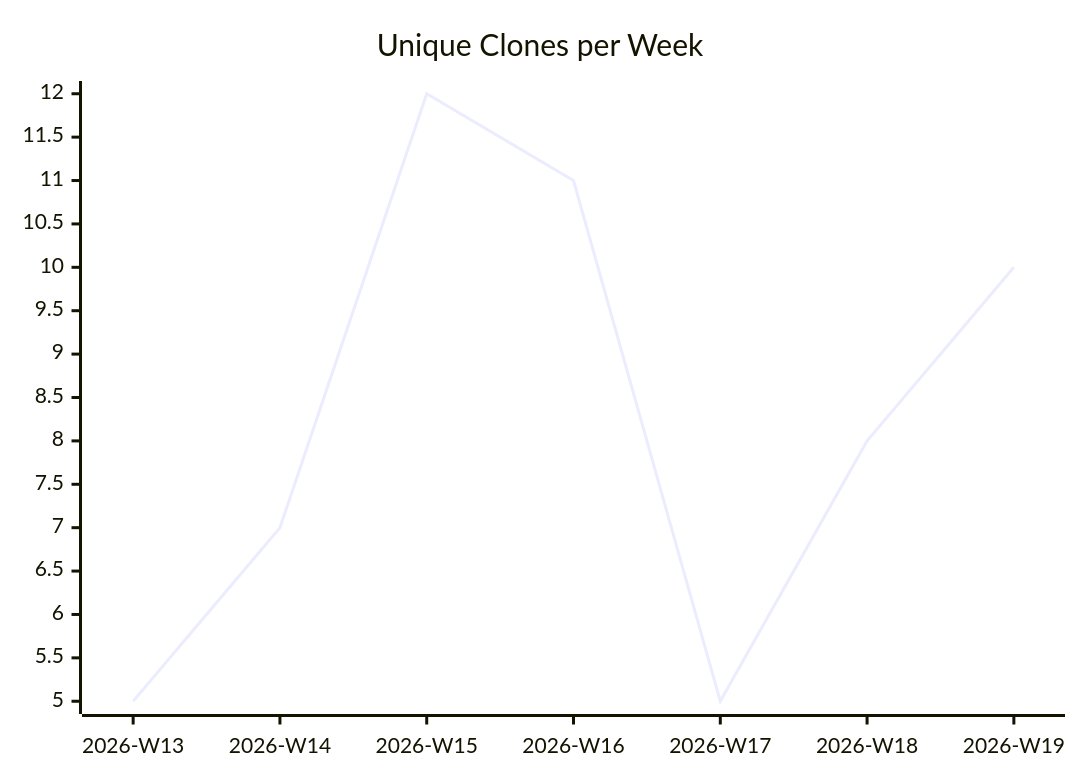
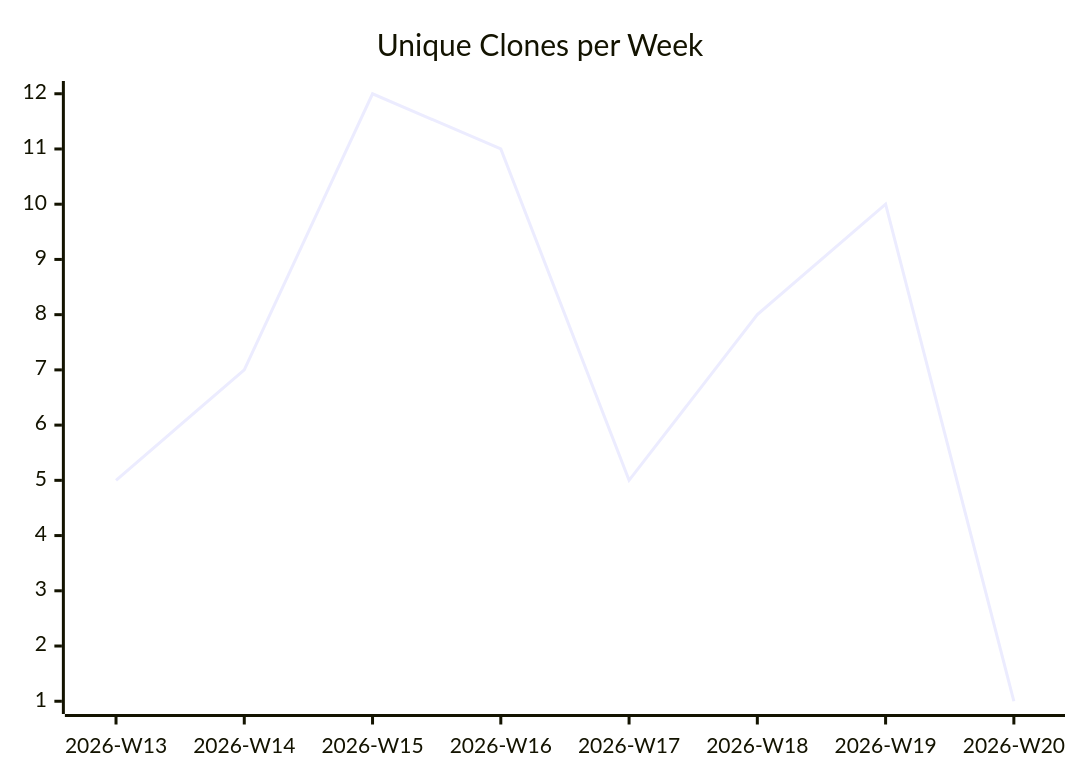
One commit to justdavis-family/github-analytics-data changed the third of 3 diagrams in karlmdavis/fhir-benchmarks/README.md. Above: the diagram before and after it, drawn with Mermaid. The commit also changed other lines of this file and 176 other files, not shown here.

````diff
--- a/karlmdavis/fhir-benchmarks/README.md
+++ b/karlmdavis/fhir-benchmarks/README.md
@@ -19,6 +19,6 @@
 ```mermaid
 xychart-beta
   title "Unique Clones per Week"
-  x-axis ["2026-W13", "2026-W14", "2026-W15", "2026-W16", "2026-W17", "2026-W18", "2026-W19"]
-  line [5, 7, 12, 11, 5, 8, 10]
+  x-axis ["2026-W13", "2026-W14", "2026-W15", "2026-W16", "2026-W17", "2026-W18", "2026-W19", "2026-W20"]
+  line [5, 7, 12, 11, 5, 8, 10, 1]
 ```
````
